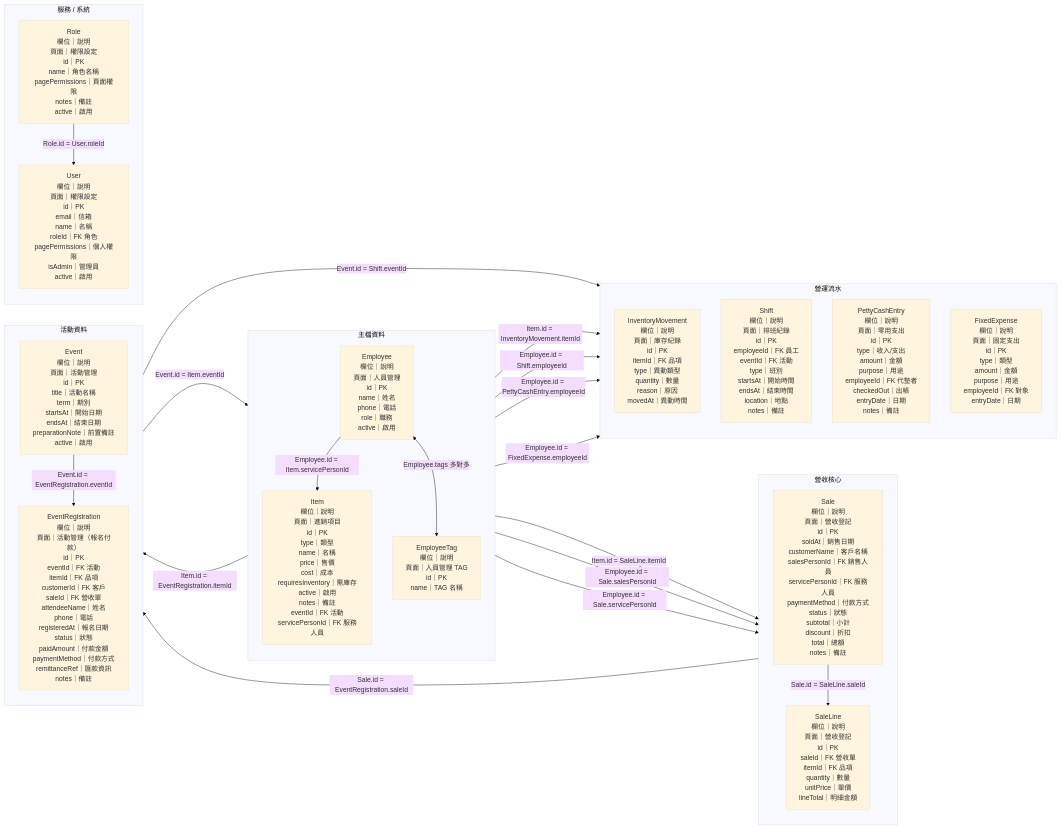
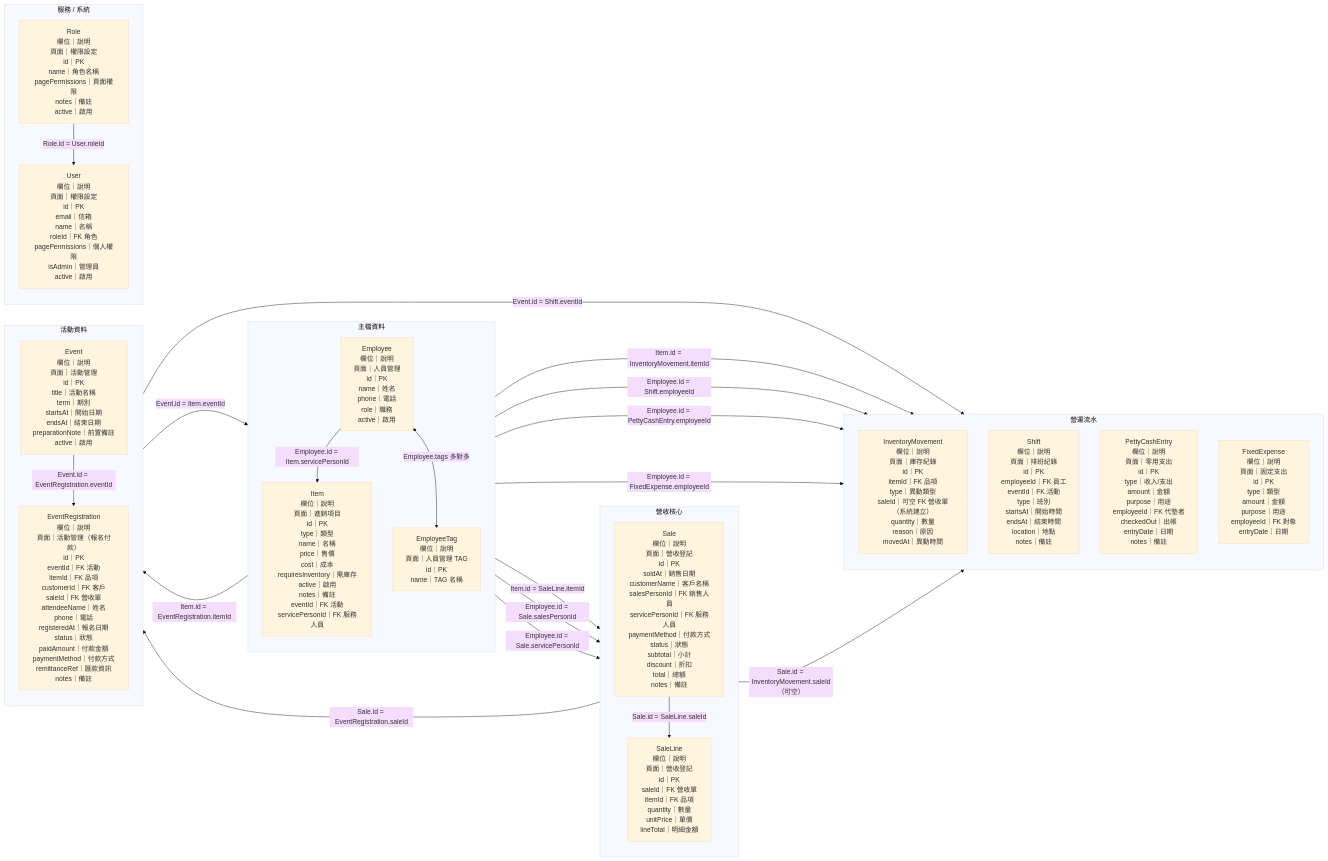
Before and after one commit to crimsonhsu-PM/ERP: the fourth of 4 diagrams in docs/data-relationships.md, drawn with Mermaid (base theme). The commit also changed other lines of this file and 28 other files, not shown here.

Commit message:
Update ERP editing, themes, and inventory sale links

```diff
--- a/docs/data-relationships.md
+++ b/docs/data-relationships.md
@@ -283,6 +283,7 @@
 id｜PK
 itemId｜FK 品項
 type｜異動類型
+saleId｜可空 FK 營收單（系統建立）
 quantity｜數量
 reason｜原因
 movedAt｜異動時間`"]
@@ -377,6 +378,7 @@
   employeeTable -->|"Employee.id = Sale.servicePersonId"| saleTable
 
   itemTable -->|"Item.id = InventoryMovement.itemId"| inventoryTable
+  saleTable -->|"Sale.id = InventoryMovement.saleId（可空）"| inventoryTable
   employeeTable -->|"Employee.id = Shift.employeeId"| shiftTable
   employeeTable -->|"Employee.id = PettyCashEntry.employeeId"| pettyCashTable
   employeeTable -->|"Employee.id = FixedExpense.employeeId"| fixedExpenseTable
```
